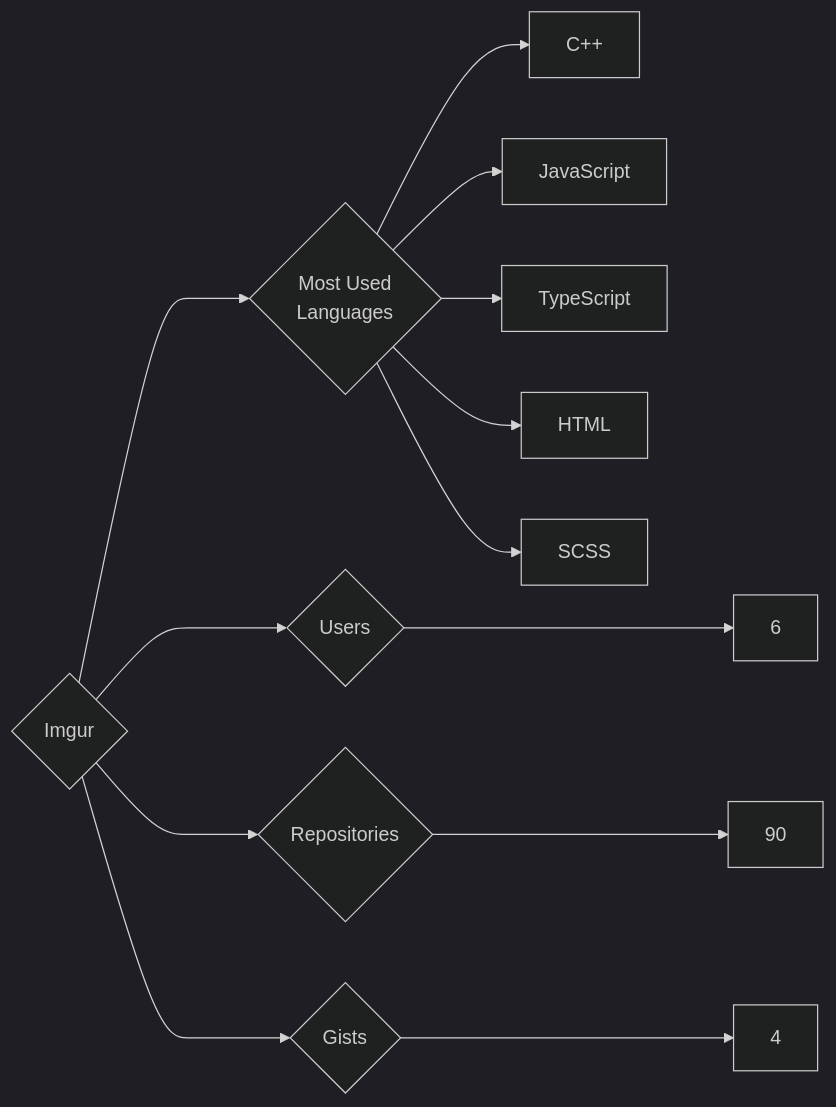
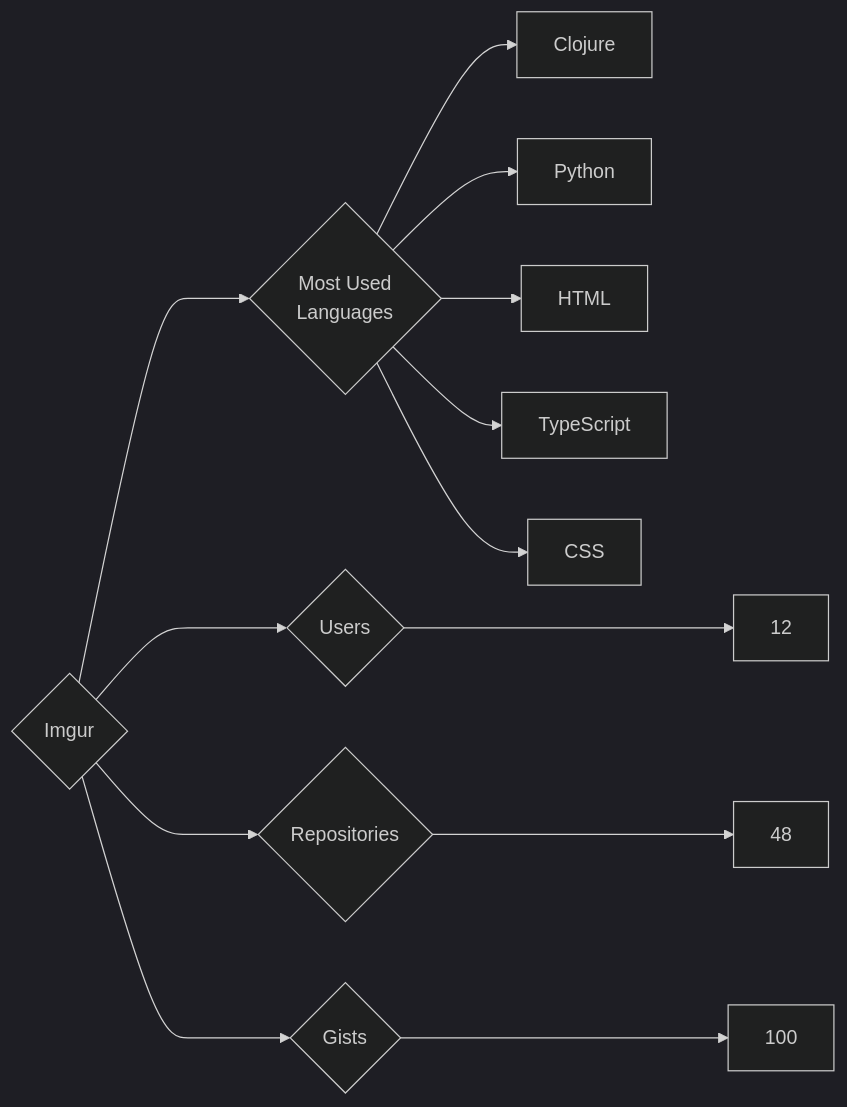
One commit to trickest/insiders changed the diagram in targets/Imgur/README.md. Above: the diagram before and after it, drawn with Mermaid (dark theme). The commit also changed 1120 other files, not shown here.

````diff
--- a/targets/Imgur/README.md
+++ b/targets/Imgur/README.md
@@ -3,13 +3,13 @@
 ```mermaid
 graph LR
 COMPANY_NAME{Imgur}
-COMPANY_NAME ---> U{Users} ---> UN[6]
-COMPANY_NAME ---> R{Repositories} ---> RN[90]
-COMPANY_NAME ---> G{Gists} ---> GN[4]
+COMPANY_NAME ---> U{Users} ---> UN[12]
+COMPANY_NAME ---> R{Repositories} ---> RN[48]
+COMPANY_NAME ---> G{Gists} ---> GN[100]
 COMPANY_NAME ---> ML{Most Used<br>Languages}
-ML --> C++[C++]
-ML --> JavaScript[JavaScript]
+ML --> Clojure[Clojure]
+ML --> Python[Python]
+ML --> HTML[HTML]
 ML --> TypeScript[TypeScript]
-ML --> HTML[HTML]
-ML --> SCSS[SCSS]
+ML --> CSS[CSS]
 ```
````
